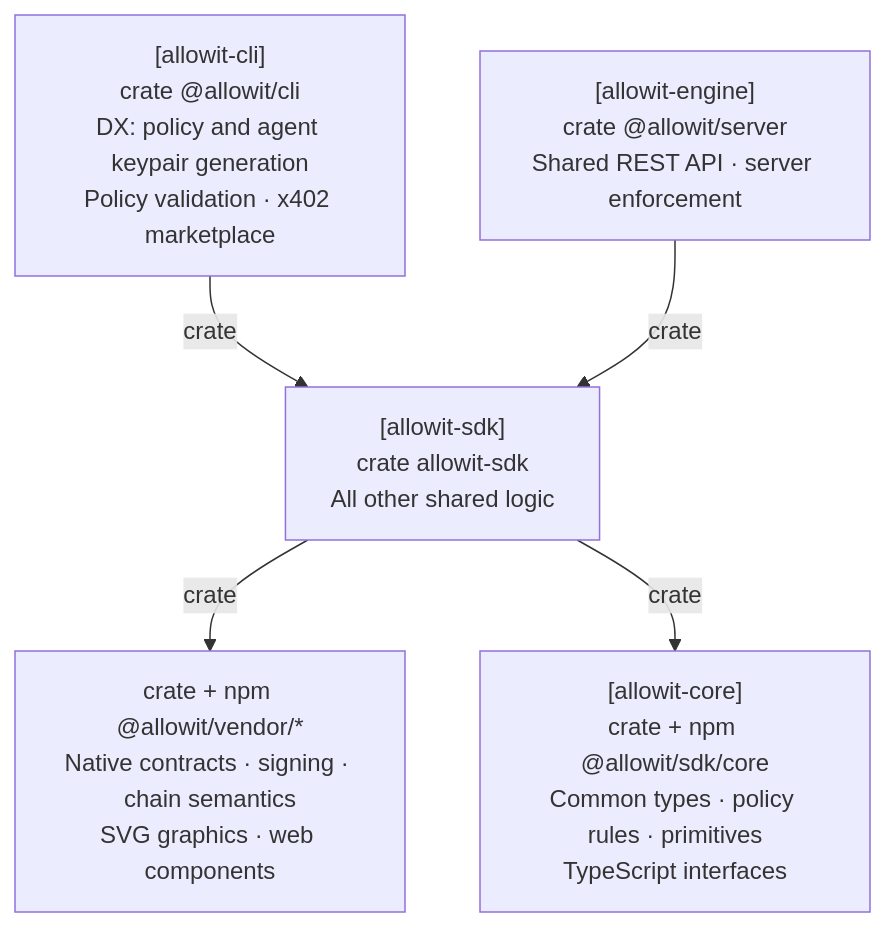
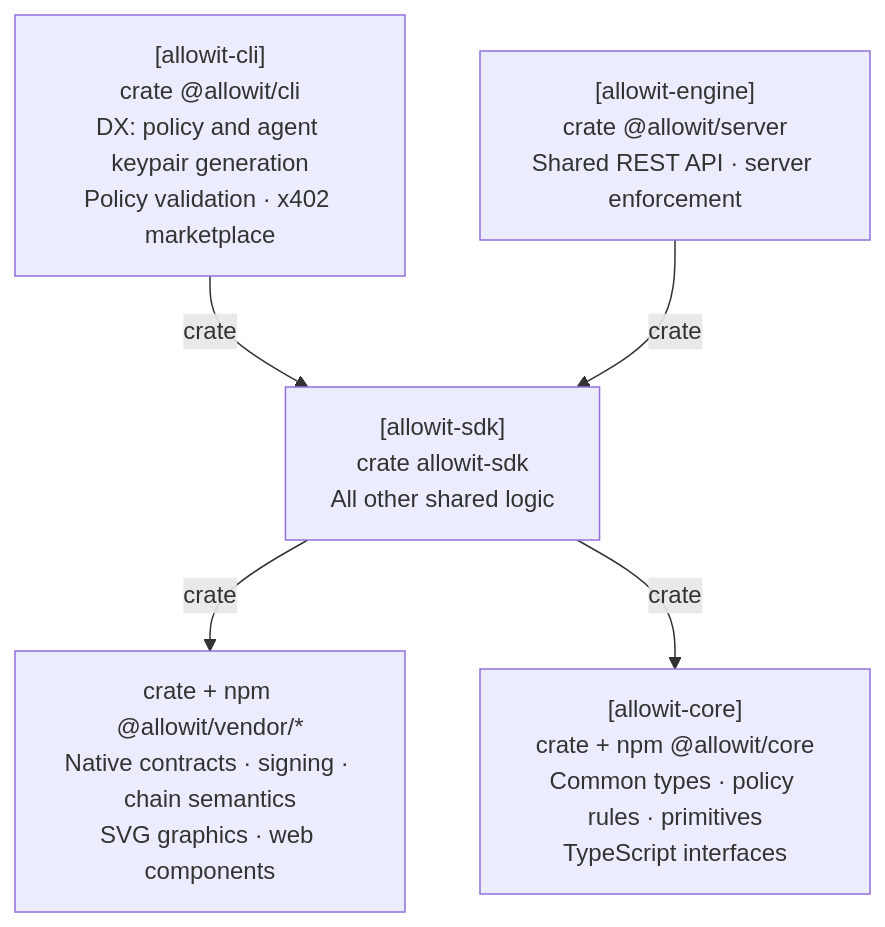
The diagram in README.md (allowit-hq/allowit-sdk), drawn with Mermaid before and after one commit. The commit also changed other lines of this file and 4 other files, not shown here.

First line of the commit message:
Keep one architecture diagram and current SDK facts

````diff
--- a/README.md
+++ b/README.md
@@ -20,13 +20,13 @@
 ```mermaid
 flowchart TB
     CLI["[allowit-cli]<br/>crate @allowit/cli<br/>DX: policy and agent keypair generation<br/>Policy validation · x402 marketplace"]
     Server["[allowit-engine]<br/>crate @allowit/server<br/>Shared REST API · server enforcement"]
     Engine["[allowit-sdk]<br/>crate allowit-sdk<br/>All other shared logic"]
     Vendor["crate + npm @allowit/vendor/*<br/>Native contracts · signing · chain semantics<br/>SVG graphics · web components"]
-    Core["[allowit-core]<br/>crate + npm @allowit/sdk/core<br/>Common types · policy rules · primitives<br/>TypeScript interfaces"]
+    Core["[allowit-core]<br/>crate + npm @allowit/core<br/>Common types · policy rules · primitives<br/>TypeScript interfaces"]
 
     CLI -->|crate| Engine
     Server -->|crate| Engine
     Engine -->|crate| Vendor
     Engine -->|crate| Core
 ```
````
